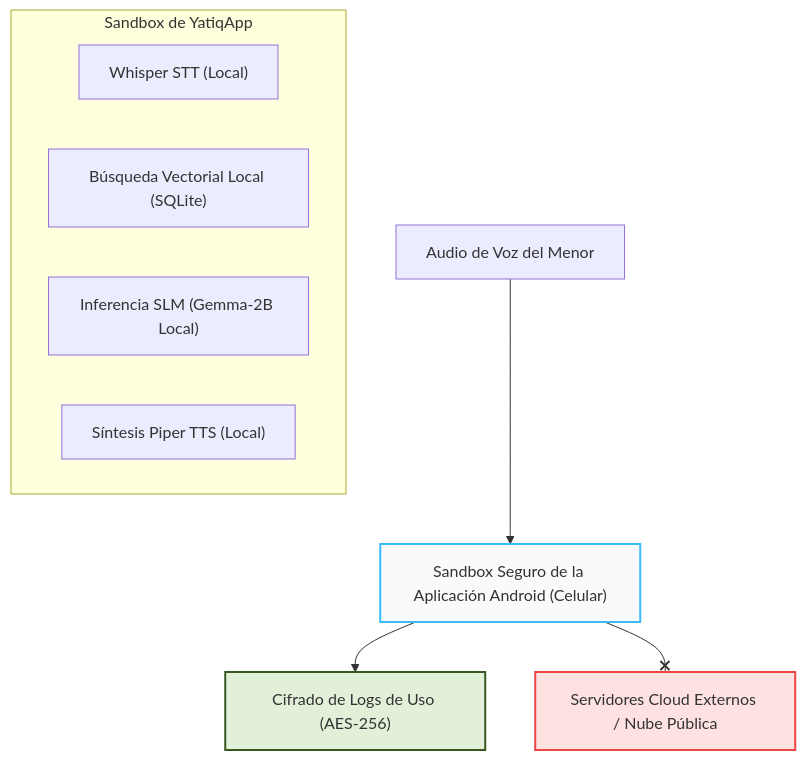
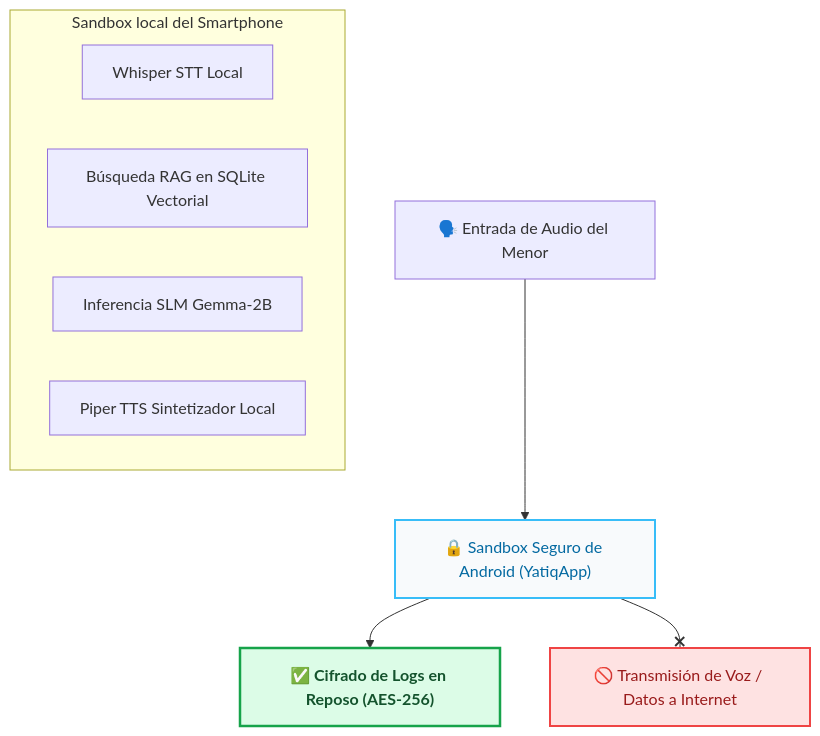
The third of 4 diagrams in docs/ChristianRafaelMamaniCallata/entregable5.md (jhanslarico11/Perfil-de-Egreso), drawn with Mermaid before and after one commit. The commit also changed other lines of this file and 4 other files, not shown here.

Commit message:
Personalización visual y estilización de los diagramas Mermaid

````diff
--- a/docs/ChristianRafaelMamaniCallata/entregable5.md
+++ b/docs/ChristianRafaelMamaniCallata/entregable5.md
@@ -164,19 +168,18 @@
 ```mermaid
 graph TD
-    classDef safe fill:#e2f0d9,stroke:#385723,stroke-width:2px;
-    classDef danger fill:#fee2e2,stroke:#ef4444,stroke-width:2px;
+    classDef safe fill:#dcfce7,stroke:#16a34a,stroke-width:2.5px,color:#14532d,font-weight:bold;
+    classDef danger fill:#fee2e2,stroke:#ef4444,stroke-width:2px,color:#991b1b;
+    classDef sand fill:#f8fafc,stroke:#38bdf8,stroke-width:2px,color:#0369a1;
 
-    Audio["Audio de Voz del Menor"] --> Sandbox["Sandbox Seguro de la Aplicación Android (Celular)"]
+    Audio["🗣️ Entrada de Audio del Menor"] --> Sandbox["🔒 Sandbox Seguro de Android (YatiqApp)"]:::sand
     
-    subgraph Sandbox de YatiqApp
-        STT[" Whisper STT (Local)"]
-        RAG[" Búsqueda Vectorial Local (SQLite)"]
-        LLM[" Inferencia SLM (Gemma-2B Local)"]
-        TTS[" Síntesis Piper TTS (Local)"]
+    subgraph Sandbox local del Smartphone
+        STT[" Whisper STT Local"]
+        RAG[" Búsqueda RAG en SQLite Vectorial"]
+        LLM[" Inferencia SLM Gemma-2B"]
+        TTS[" Piper TTS Sintetizador Local"]
     end
 
-    Sandbox --> Cripto["Cifrado de Logs de Uso (AES-256)"]:::safe
-    Sandbox --x Internet["Servidores Cloud Externos / Nube Pública"]:::danger
-
-    style Sandbox fill:#f8fafc,stroke:#38bdf8,stroke-width:2px;
+    Sandbox --> Cripto["✅ Cifrado de Logs en Reposo (AES-256)"]:::safe
+    Sandbox --x Internet["🚫 Transmisión de Voz / Datos a Internet"]:::danger
 ```
````
